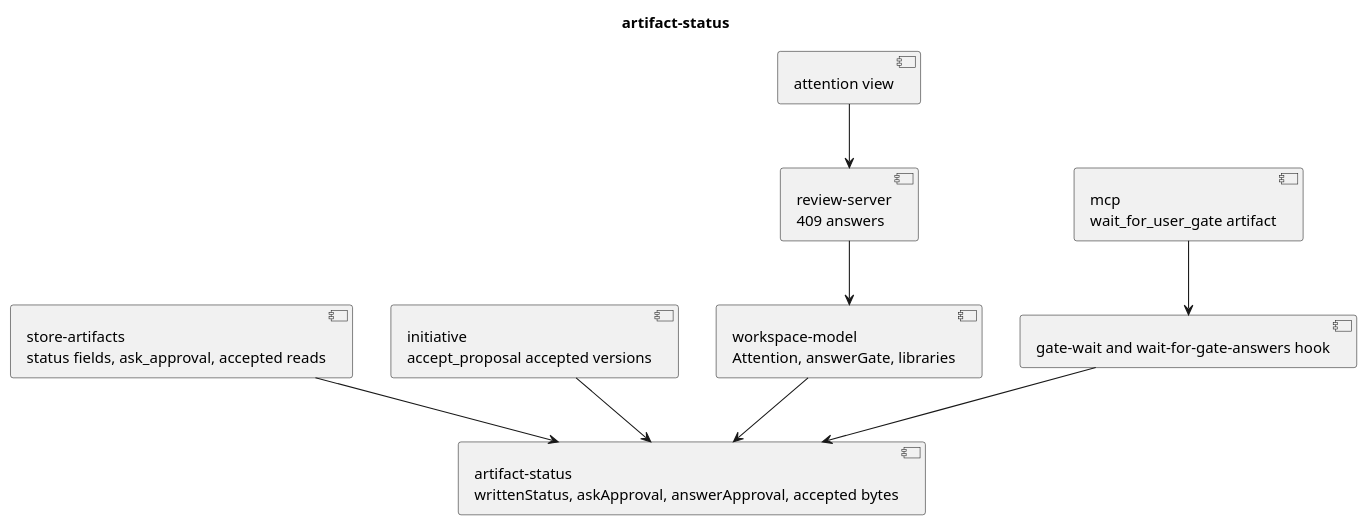
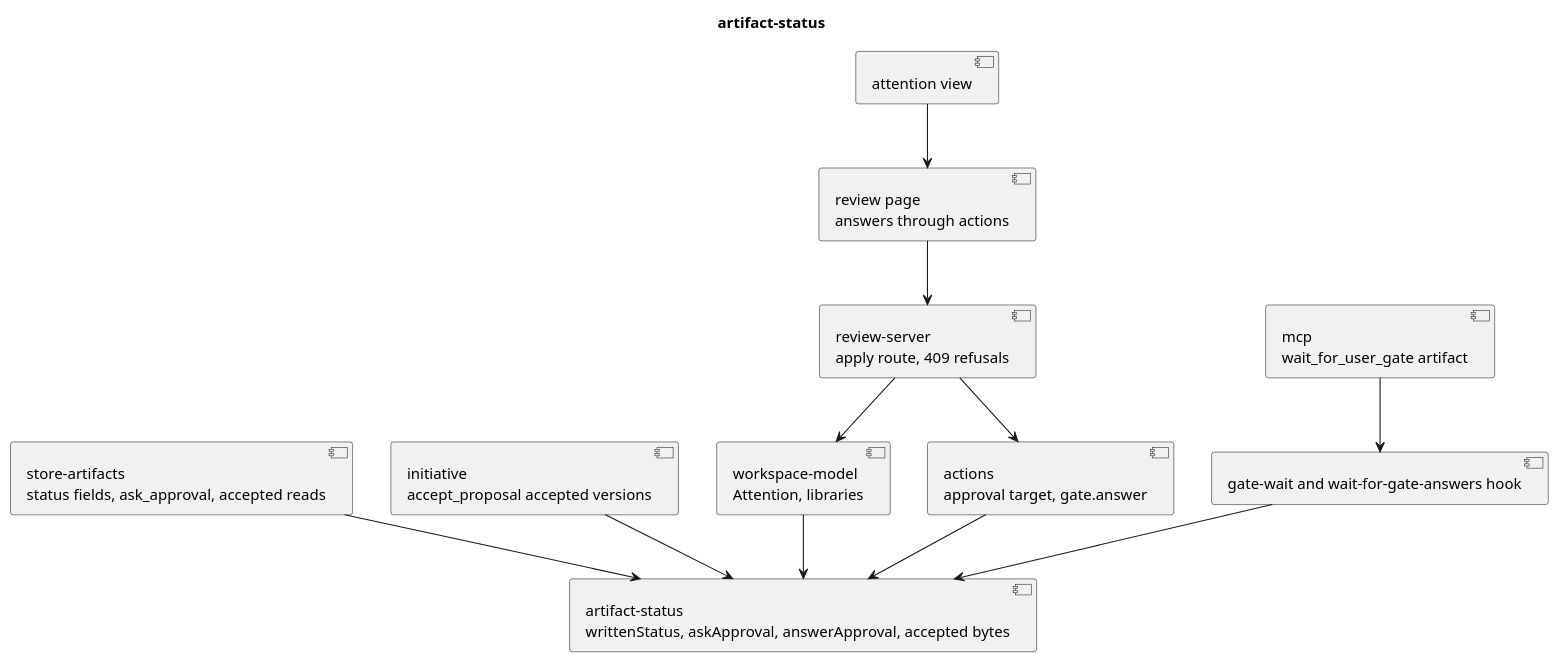
Before and after one commit to RumyantsevMichael/Prism: the diagram in docs/plans/workspace-artifacts/artifact-status/code.puml, drawn with PlantUML. The commit also changed 9 other files, not shown here.

```diff
--- a/docs/plans/workspace-artifacts/artifact-status/code.puml
+++ b/docs/plans/workspace-artifacts/artifact-status/code.puml
@@ -1,20 +1,25 @@
 @startuml
 title artifact-status
 
 component "artifact-status\nwrittenStatus, askApproval, answerApproval, accepted bytes" as status
 component "store-artifacts\nstatus fields, ask_approval, accepted reads" as tools
 component "initiative\naccept_proposal accepted versions" as initiative
-component "workspace-model\nAttention, answerGate, libraries" as model
-component "review-server\n409 answers" as server
+component "workspace-model\nAttention, libraries" as model
+component "actions\napproval target, gate.answer" as actions
+component "review-server\napply route, 409 refusals" as server
+component "review page\nanswers through actions" as page
 component "attention view" as view
 component "gate-wait and wait-for-gate-answers hook" as wait
 component "mcp\nwait_for_user_gate artifact" as mcp
 
 tools --> status
 initiative --> status
 model --> status
 server --> model
-view --> server
+server --> actions
+actions --> status
+view --> page
+page --> server
 mcp --> wait
 wait --> status
 @enduml
```
